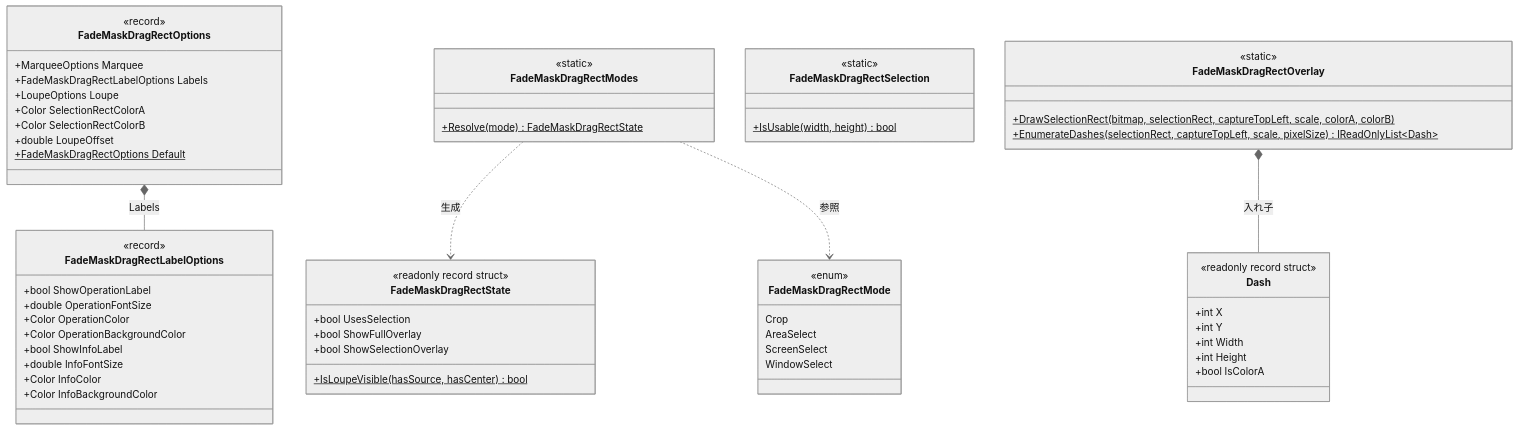
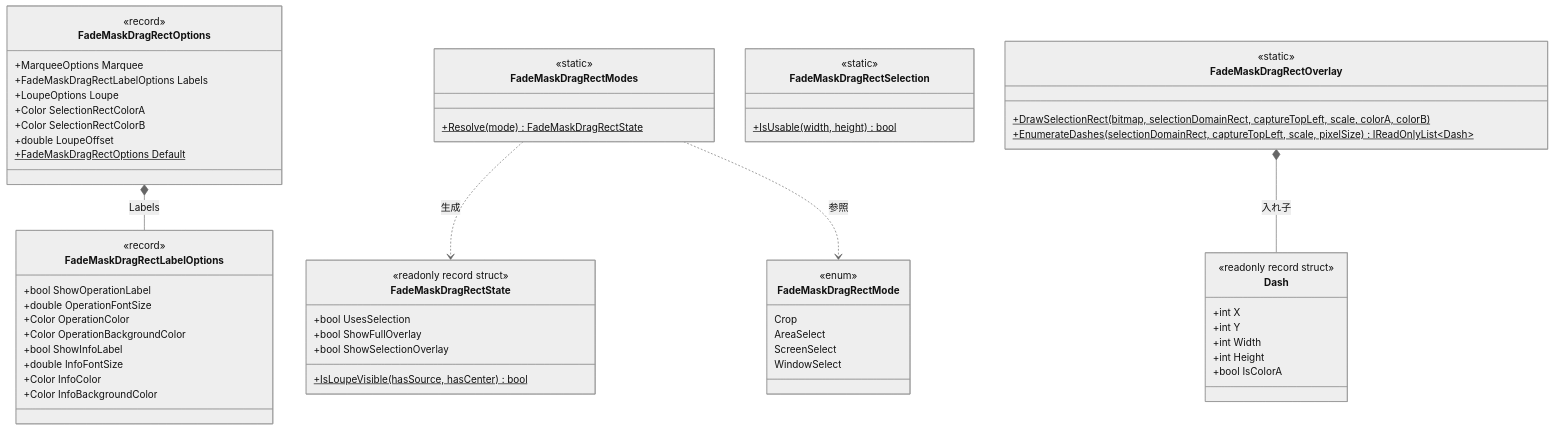
The second of 5 diagrams in src/FadeMaskDragRectControl.Core/SPEC_System.md (tomokuni/SaveEvidence), drawn with Mermaid (neutral theme) before and after one commit. The commit also changed other lines of this file and 106 other files, not shown here.

````diff
--- a/src/FadeMaskDragRectControl.Core/SPEC_System.md
+++ b/src/FadeMaskDragRectControl.Core/SPEC_System.md
@@ -58,65 +58,65 @@
 ```mermaid
 classDiagram
   class FadeMaskDragRectMode {
     <<enum>>
     Crop
     AreaSelect
     ScreenSelect
     WindowSelect
   }
   class FadeMaskDragRectOptions {
     <<record>>
     +MarqueeOptions Marquee
     
     +FadeMaskDragRectLabelOptions Labels
     +LoupeOptions Loupe
     +Color SelectionRectColorA
     +Color SelectionRectColorB
     +double LoupeOffset
     +FadeMaskDragRectOptions Default$
   }
   class FadeMaskDragRectLabelOptions {
     <<record>>
     +bool ShowOperationLabel
     +double OperationFontSize
     +Color OperationColor
     +Color OperationBackgroundColor
     +bool ShowInfoLabel
     +double InfoFontSize
     +Color InfoColor
     +Color InfoBackgroundColor
   }
   class FadeMaskDragRectState {
     <<readonly record struct>>
     +bool UsesSelection
     +bool ShowFullOverlay
     +bool ShowSelectionOverlay
     +IsLoupeVisible(hasSource, hasCenter)$ bool
   }
   class FadeMaskDragRectModes {
     <<static>>
     +Resolve(mode)$ FadeMaskDragRectState
   }
   class FadeMaskDragRectSelection {
     <<static>>
     +IsUsable(width, height)$ bool
   }
   class FadeMaskDragRectOverlay {
     <<static>>
-    +DrawSelectionRect(bitmap, selectionRect, captureTopLeft, scale, colorA, colorB)$
-    +EnumerateDashes(selectionRect, captureTopLeft, scale, pixelSize)$ IReadOnlyList~Dash~
+    +DrawSelectionRect(bitmap, selectionDomainRect, captureTopLeft, scale, colorA, colorB)$
+    +EnumerateDashes(selectionDomainRect, captureTopLeft, scale, pixelSize)$ IReadOnlyList~Dash~
   }
   class Dash {
     <<readonly record struct>>
     +int X
     +int Y
     +int Width
     +int Height
     +bool IsColorA
   }
 
   FadeMaskDragRectOptions *-- FadeMaskDragRectLabelOptions : Labels
   FadeMaskDragRectModes ..> FadeMaskDragRectState : 生成
   FadeMaskDragRectModes ..> FadeMaskDragRectMode : 参照
   FadeMaskDragRectOverlay *-- Dash : 入れ子
 ```
````
